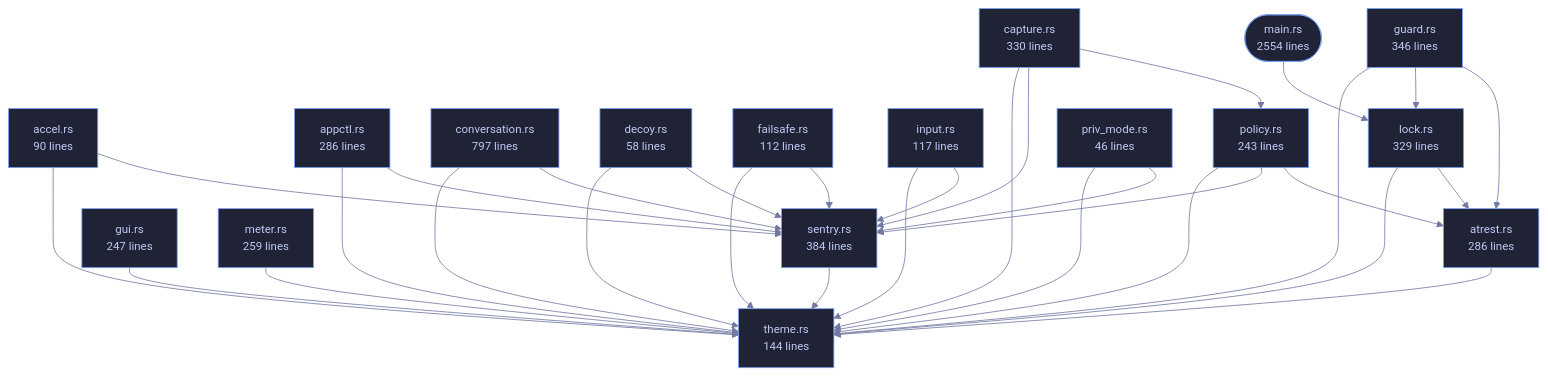
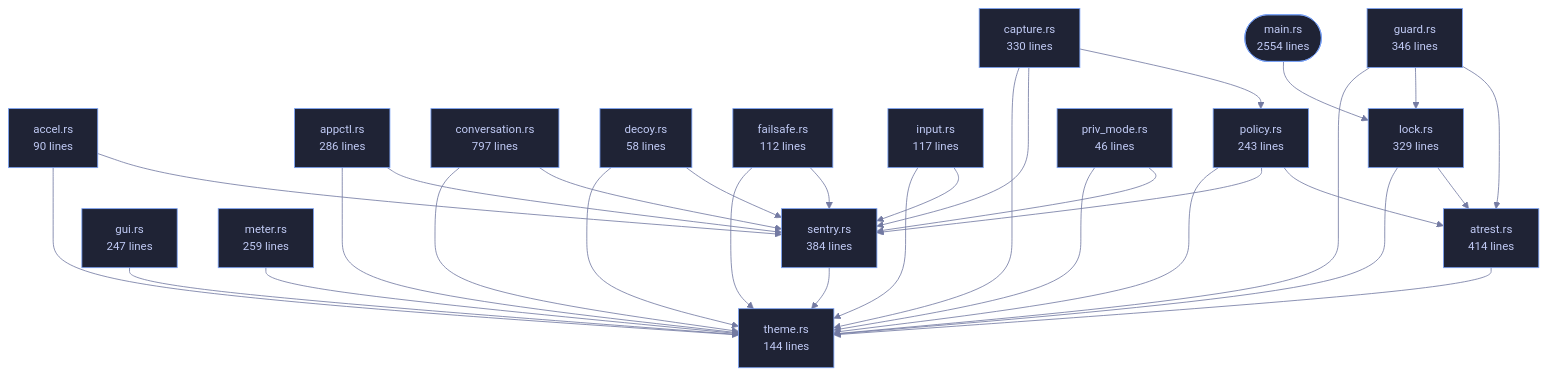
The diagram in crates/veilvoice-cli/README.md (tilas01/veilvoice), drawn with Mermaid before and after one commit. The commit also changed other lines of this file and 17 other files, not shown here.

````diff
--- a/crates/veilvoice-cli/README.md
+++ b/crates/veilvoice-cli/README.md
@@ -110,68 +110,68 @@
 ```mermaid
 %%{init: {"theme":"base","themeVariables":{"background":"#1a1b26","primaryColor":"#1f2335","primaryTextColor":"#c0caf5","primaryBorderColor":"#7aa2f7","secondaryColor":"#16161e","tertiaryColor":"#16161e","lineColor":"#737aa2","textColor":"#c0caf5","mainBkg":"#1f2335","nodeBorder":"#7aa2f7","clusterBkg":"#16161e","clusterBorder":"#2f3549","fontFamily":"ui-monospace, SFMono-Regular, Consolas, monospace","fontSize":"14px"}}}%%
 flowchart TD
     n_main(["main.rs<br/>2554 lines"])
     n_accel["accel.rs<br/>90 lines"]
     n_appctl["appctl.rs<br/>286 lines"]
-    n_atrest["atrest.rs<br/>286 lines"]
+    n_atrest["atrest.rs<br/>414 lines"]
     n_capture["capture.rs<br/>330 lines"]
     n_conversation["conversation.rs<br/>797 lines"]
     n_decoy["decoy.rs<br/>58 lines"]
     n_failsafe["failsafe.rs<br/>112 lines"]
     n_guard["guard.rs<br/>346 lines"]
     n_gui["gui.rs<br/>247 lines"]
     n_input["input.rs<br/>117 lines"]
     n_lock["lock.rs<br/>329 lines"]
     n_meter["meter.rs<br/>259 lines"]
     n_policy["policy.rs<br/>243 lines"]
     n_priv_mode["priv_mode.rs<br/>46 lines"]
     n_sentry["sentry.rs<br/>384 lines"]
     n_theme["theme.rs<br/>144 lines"]
     n_accel --> n_sentry
     n_accel --> n_theme
     n_appctl --> n_sentry
     n_appctl --> n_theme
     n_atrest --> n_theme
     n_capture --> n_policy
     n_capture --> n_sentry
     n_capture --> n_theme
     n_conversation --> n_sentry
     n_conversation --> n_theme
     n_decoy --> n_sentry
     n_decoy --> n_theme
     n_failsafe --> n_sentry
     n_failsafe --> n_theme
     n_guard --> n_atrest
     n_guard --> n_lock
     n_guard --> n_theme
     n_gui --> n_theme
     n_input --> n_sentry
     n_input --> n_theme
     n_lock --> n_atrest
     n_lock --> n_theme
     n_main --> n_lock
     n_meter --> n_theme
     n_policy --> n_atrest
     n_policy --> n_sentry
     n_policy --> n_theme
     n_priv_mode --> n_sentry
     n_priv_mode --> n_theme
     n_sentry --> n_theme
     click n_main href "https://github.com/tilas01/veilvoice/blob/main/crates/veilvoice-cli/src/main.rs" "open the source"
     click n_accel href "https://github.com/tilas01/veilvoice/blob/main/crates/veilvoice-cli/src/accel.rs" "open the source"
     click n_appctl href "https://github.com/tilas01/veilvoice/blob/main/crates/veilvoice-cli/src/appctl.rs" "open the source"
     click n_atrest href "https://github.com/tilas01/veilvoice/blob/main/crates/veilvoice-cli/src/atrest.rs" "open the source"
     click n_capture href "https://github.com/tilas01/veilvoice/blob/main/crates/veilvoice-cli/src/capture.rs" "open the source"
     click n_conversation href "https://github.com/tilas01/veilvoice/blob/main/crates/veilvoice-cli/src/conversation.rs" "open the source"
     click n_decoy href "https://github.com/tilas01/veilvoice/blob/main/crates/veilvoice-cli/src/decoy.rs" "open the source"
     click n_failsafe href "https://github.com/tilas01/veilvoice/blob/main/crates/veilvoice-cli/src/failsafe.rs" "open the source"
     click n_guard href "https://github.com/tilas01/veilvoice/blob/main/crates/veilvoice-cli/src/guard.rs" "open the source"
     click n_gui href "https://github.com/tilas01/veilvoice/blob/main/crates/veilvoice-cli/src/gui.rs" "open the source"
     click n_input href "https://github.com/tilas01/veilvoice/blob/main/crates/veilvoice-cli/src/input.rs" "open the source"
     click n_lock href "https://github.com/tilas01/veilvoice/blob/main/crates/veilvoice-cli/src/lock.rs" "open the source"
     click n_meter href "https://github.com/tilas01/veilvoice/blob/main/crates/veilvoice-cli/src/meter.rs" "open the source"
     click n_policy href "https://github.com/tilas01/veilvoice/blob/main/crates/veilvoice-cli/src/policy.rs" "open the source"
     click n_priv_mode href "https://github.com/tilas01/veilvoice/blob/main/crates/veilvoice-cli/src/priv_mode.rs" "open the source"
     click n_sentry href "https://github.com/tilas01/veilvoice/blob/main/crates/veilvoice-cli/src/sentry.rs" "open the source"
     click n_theme href "https://github.com/tilas01/veilvoice/blob/main/crates/veilvoice-cli/src/theme.rs" "open the source"
 ```
````
